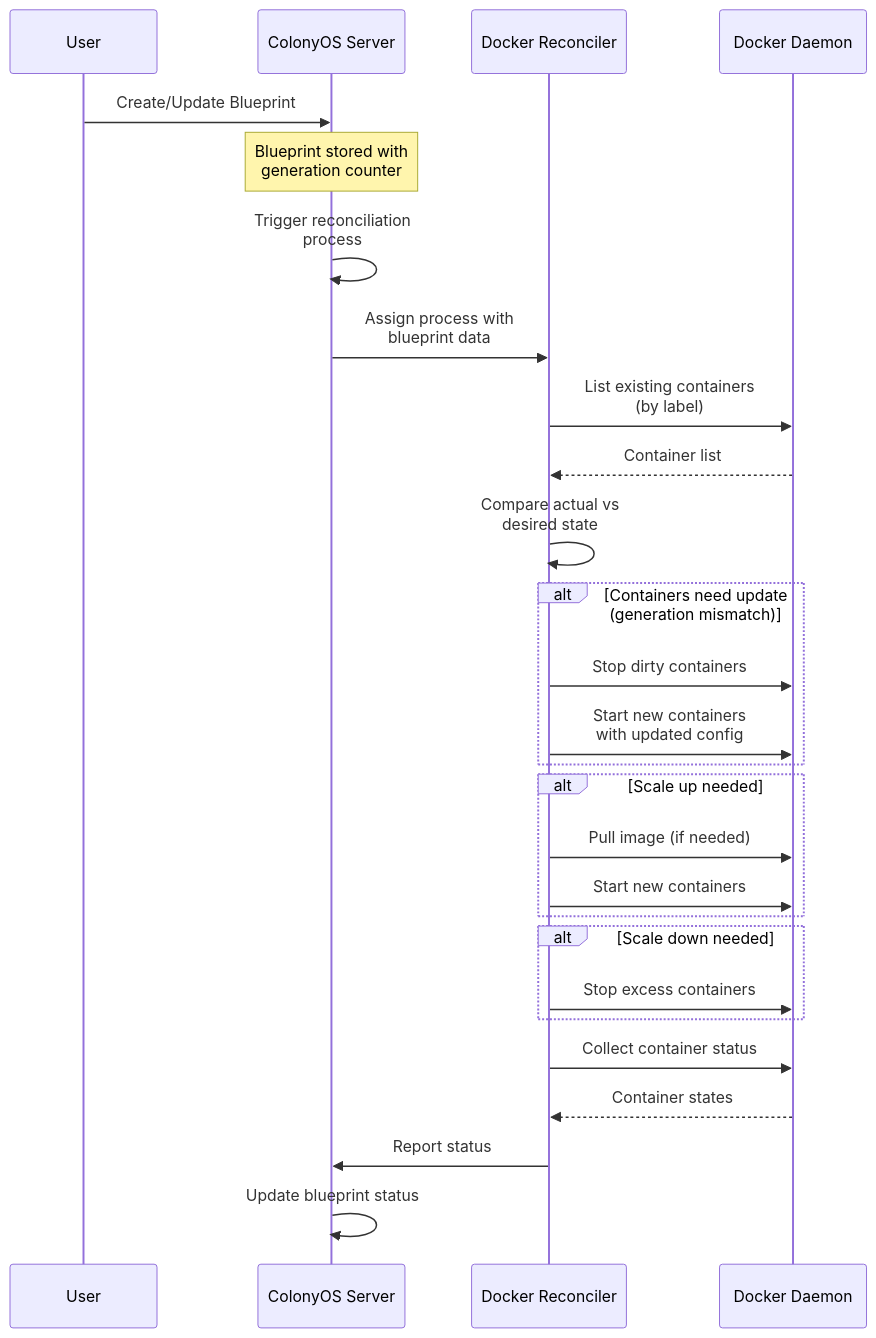
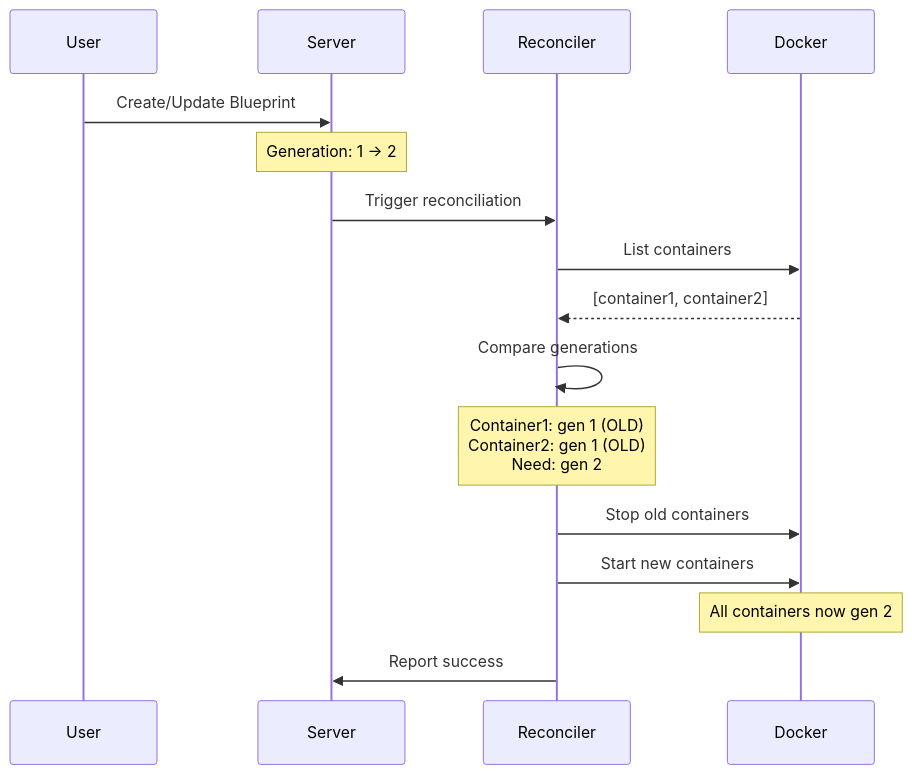
Before and after one commit to JosefVilestadGit/executors: the second of 2 diagrams in docker-reconciler/README.md, drawn with Mermaid. The commit also changed other lines of this file, not shown here.

````diff
--- a/docker-reconciler/README.md
+++ b/docker-reconciler/README.md
@@ -70,36 +157,23 @@
 ```mermaid
 sequenceDiagram
     participant User
-    participant Server as ColonyOS Server
-    participant Reconciler as Docker Reconciler
-    participant Docker as Docker Daemon
+    participant Server
+    participant Reconciler
+    participant Docker
 
     User->>Server: Create/Update Blueprint
-    Note over Server: Blueprint stored with<br/>generation counter
-    Server->>Server: Trigger reconciliation<br/>process
-    Server->>Reconciler: Assign process with<br/>blueprint data
+    Note over Server: Generation: 1 → 2
+    Server->>Reconciler: Trigger reconciliation
 
-    Reconciler->>Docker: List existing containers<br/>(by label)
-    Docker-->>Reconciler: Container list
+    Reconciler->>Docker: List containers
+    Docker-->>Reconciler: [container1, container2]
 
-    Reconciler->>Reconciler: Compare actual vs<br/>desired state
+    Reconciler->>Reconciler: Compare generations
+    Note over Reconciler: Container1: gen 1 (OLD)<br/>Container2: gen 1 (OLD)<br/>Need: gen 2
 
-    alt Containers need update (generation mismatch)
-        Reconciler->>Docker: Stop dirty containers
-        Reconciler->>Docker: Start new containers<br/>with updated config
-    end
+    Reconciler->>Docker: Stop old containers
+    Reconciler->>Docker: Start new containers
+    Note over Docker: All containers now gen 2
 
-    alt Scale up needed
-        Reconciler->>Docker: Pull image (if needed)
-        Reconciler->>Docker: Start new containers
-    end
-
-    alt Scale down needed
-        Reconciler->>Docker: Stop excess containers
-    end
-
-    Reconciler->>Docker: Collect container status
-    Docker-->>Reconciler: Container states
-    Reconciler->>Server: Report status
-    Server->>Server: Update blueprint status
+    Reconciler->>Server: Report success
 ```
````
